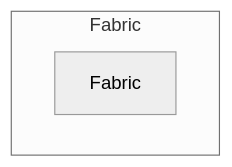
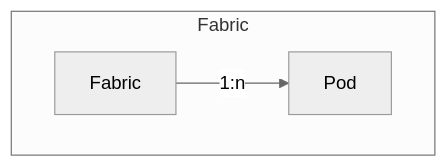
Before and after one commit to pheus/netbox-aci-plugin: the diagram in docs/features/fabrics.md, drawn with Mermaid (neutral theme). The commit also changed other lines of this file and 1 other file, not shown here.

First line of the commit message:
docs(fabrics): Enhance ACI Fabric and Pod documentation

````diff
--- a/docs/features/fabrics.md
+++ b/docs/features/fabrics.md
@@ -9,9 +9,10 @@
 ```mermaid
 flowchart TB
   FAB[Fabric]
+  POD[Pod]
 
   %% Fabric topology
   subgraph graphFAB [Fabric]
-        FAB
+        FAB -->|1:n| POD
   end
 ```
````
